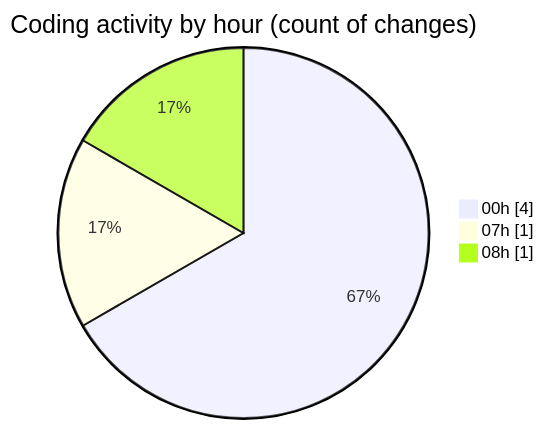
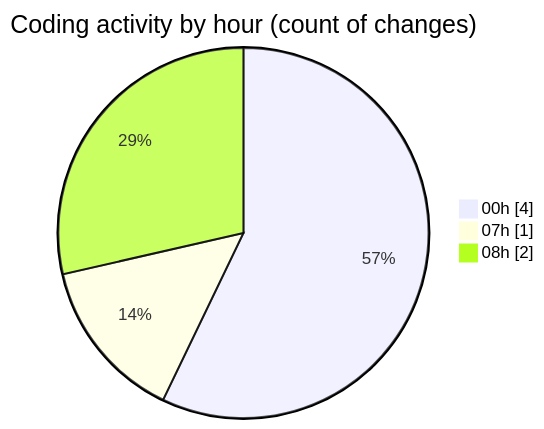
The second of 2 diagrams in 2025-05-08/niten/README.md (Elitesun/code-tracking), drawn with Mermaid before and after one commit. The commit also changed other lines of this file and 1 other file, not shown here.

````diff
--- a/2025-05-08/niten/README.md
+++ b/2025-05-08/niten/README.md
@@ -28,7 +28,7 @@
 ```mermaid
 pie showData
 title Coding activity by hour (count of changes)
 "00h" : 4
 "07h" : 1
-"08h" : 1
+"08h" : 2
 ```
````
